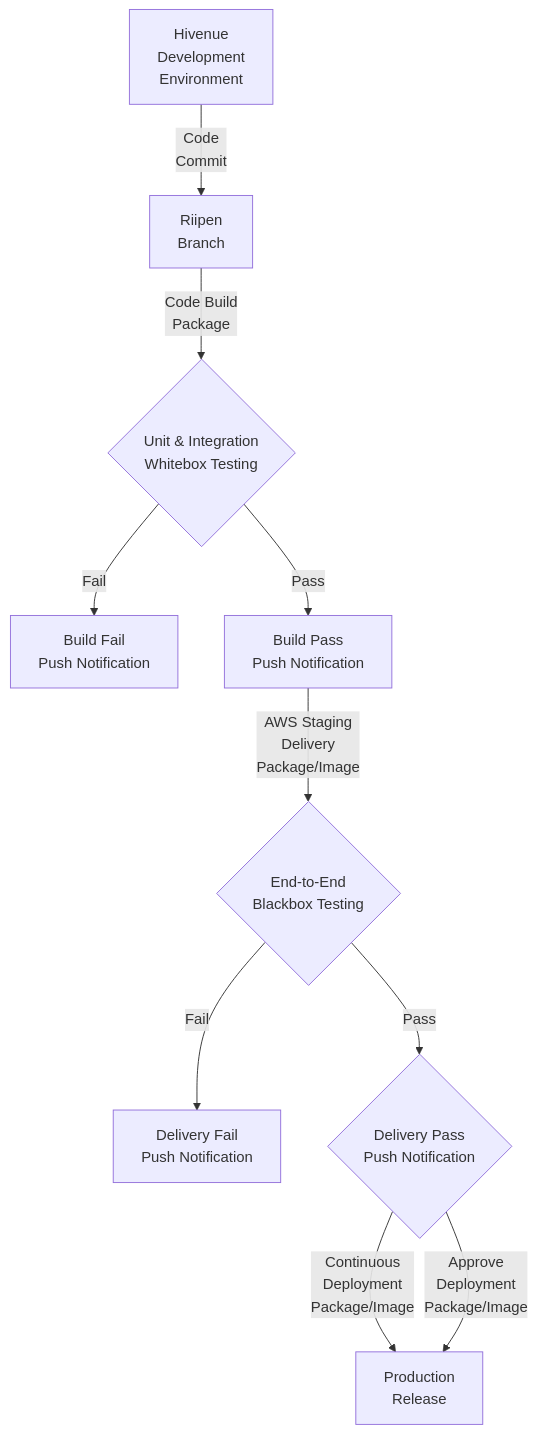
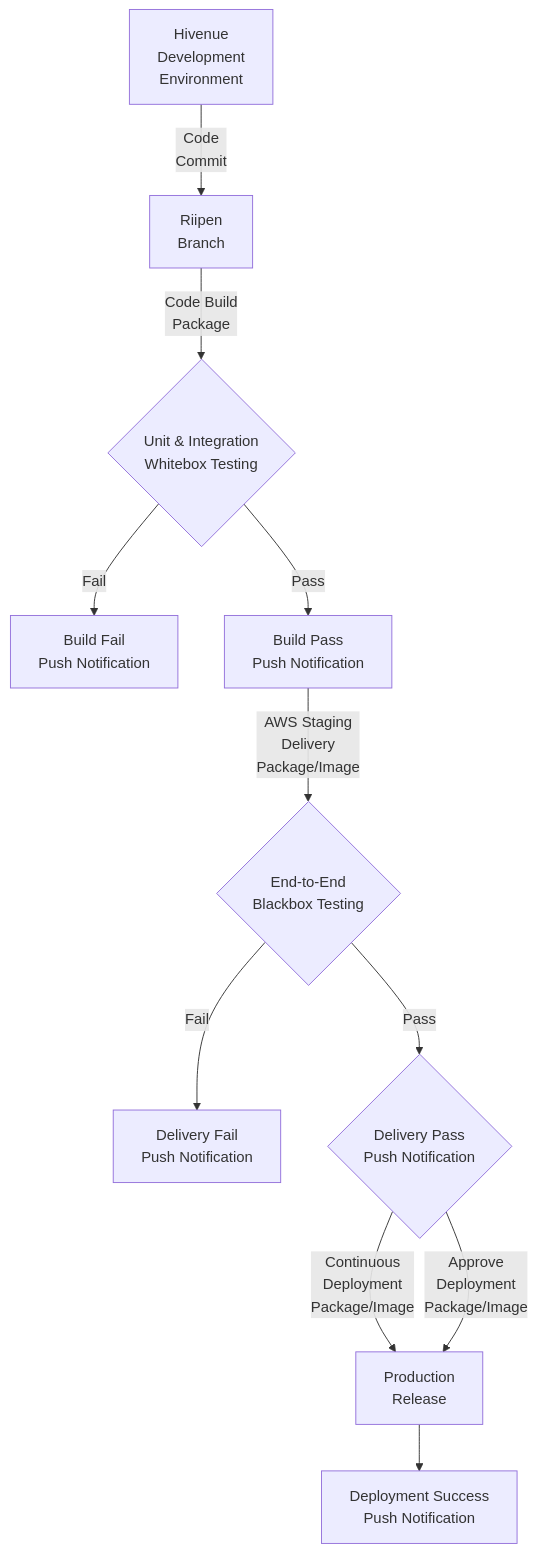
One commit to HaroonKhanDotNet/hivenue-cicd changed the diagram in BRD.md. Above: the diagram before and after it, drawn with Mermaid.

Commit message:
[m] BRD.md

````diff
--- a/BRD.md
+++ b/BRD.md
@@ -37,12 +37,13 @@
 ```mermaid
 flowchart TD;
 A[Hivenue <br> Development <br> Environment] --Code <br> Commit--> B[Riipen <br> Branch];
 B --Code Build <br> Package--> C{Unit & Integration <br> Whitebox Testing};
 C --Fail--> D[Build Fail <br> Push Notification];
 C --Pass--> E[Build Pass <br> Push Notification];
 E --AWS Staging <br> Delivery <br> Package/Image--> F{End-to-End <br> Blackbox Testing};
 F --Fail--> G[Delivery Fail <br> Push Notification];
 F --Pass--> H{Delivery Pass <br> Push Notification};
 H --Continuous <br> Deployment <br> Package/Image--> I[Production <br> Release];
 H --Approve <br> Deployment <br> Package/Image--> I;
+I --> J[Deployment Success <br> Push Notification]
 ```
````
